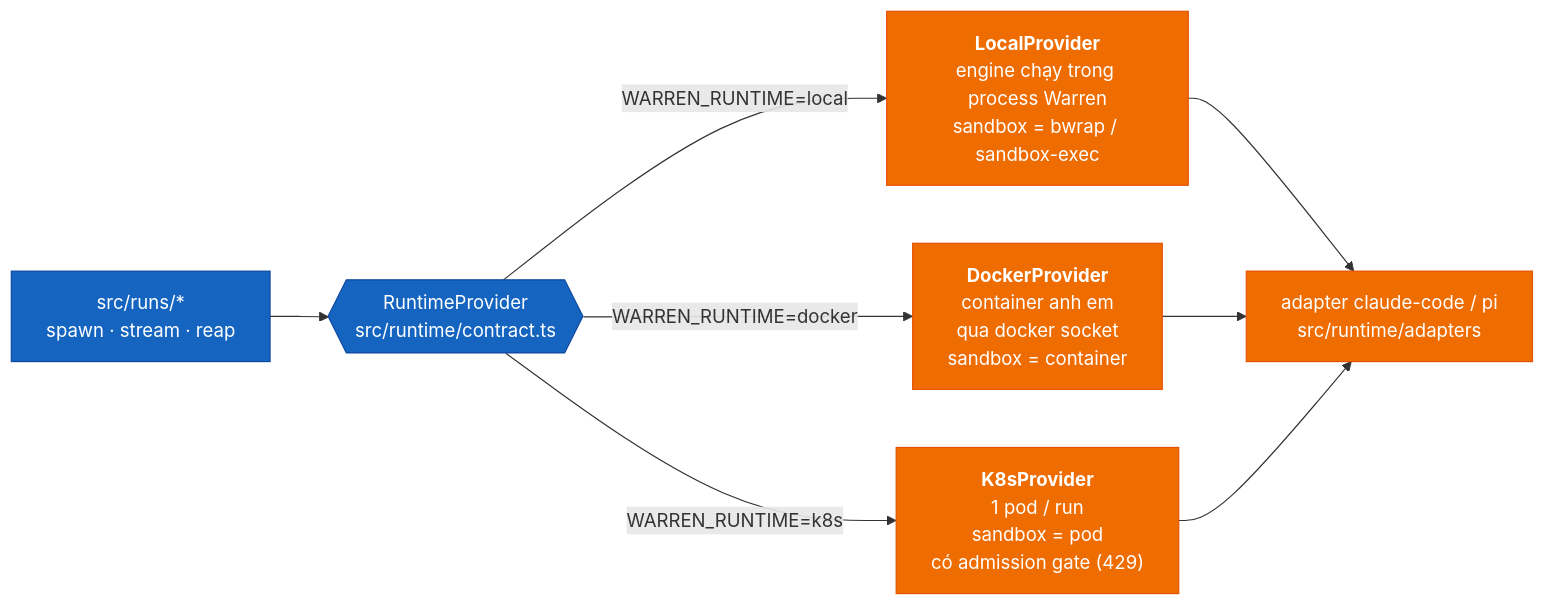
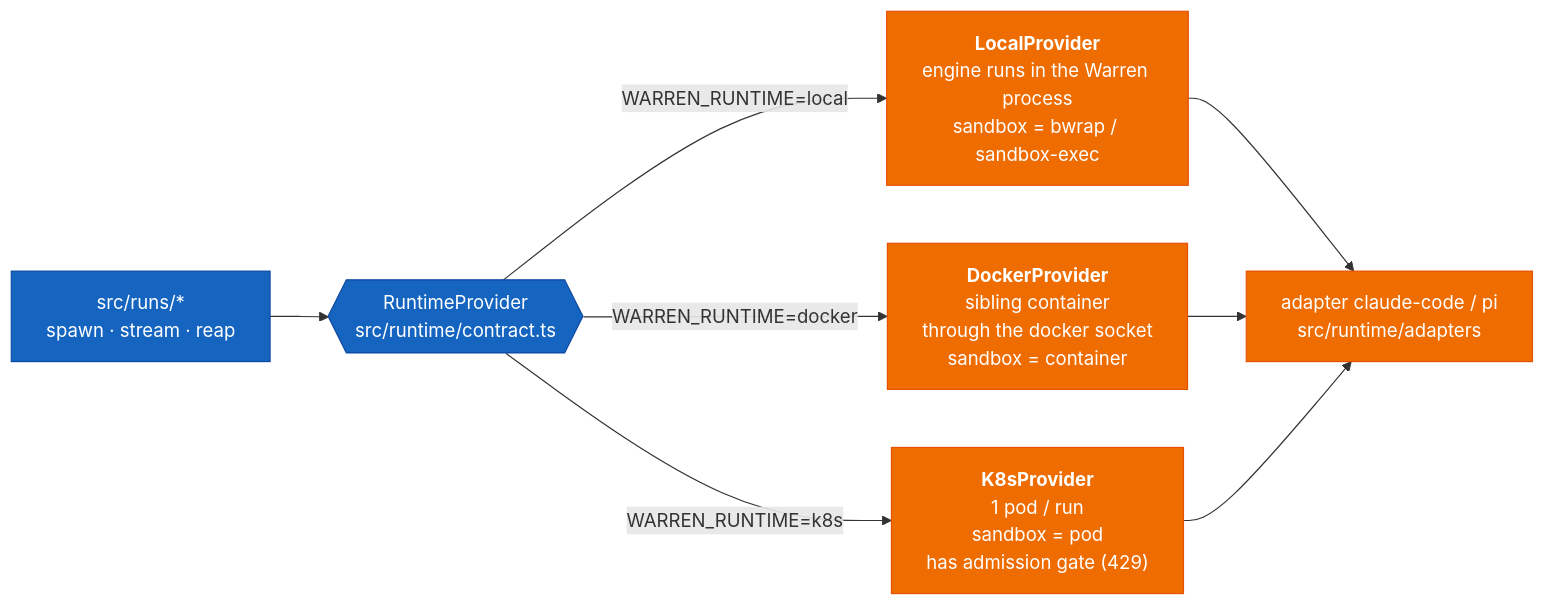
The third of 12 diagrams in docs/design/architecture-overview.md (namphuongtran/warren), drawn with Mermaid before and after one commit. The commit also changed other lines of this file and 4 other files, not shown here.

````diff
--- a/docs/design/architecture-overview.md
+++ b/docs/design/architecture-overview.md
@@ -135,20 +135,20 @@
 ```mermaid
 flowchart LR
     domain["src/runs/*<br/>spawn · stream · reap"]
     contract{{"RuntimeProvider<br/>src/runtime/contract.ts"}}
 
     domain --> contract
 
-    contract -- "WARREN_RUNTIME=local" --> local["<b>LocalProvider</b><br/>engine chạy trong process Warren<br/>sandbox = bwrap / sandbox-exec"]
-    contract -- "WARREN_RUNTIME=docker" --> docker["<b>DockerProvider</b><br/>container anh em<br/>qua docker socket<br/>sandbox = container"]
-    contract -- "WARREN_RUNTIME=k8s" --> k8s["<b>K8sProvider</b><br/>1 pod / run<br/>sandbox = pod<br/>có admission gate (429)"]
+    contract -- "WARREN_RUNTIME=local" --> local["<b>LocalProvider</b><br/>engine runs in the Warren process<br/>sandbox = bwrap / sandbox-exec"]
+    contract -- "WARREN_RUNTIME=docker" --> docker["<b>DockerProvider</b><br/>sibling container<br/>through the docker socket<br/>sandbox = container"]
+    contract -- "WARREN_RUNTIME=k8s" --> k8s["<b>K8sProvider</b><br/>1 pod / run<br/>sandbox = pod<br/>has admission gate (429)"]
 
     local --> a1["adapter claude-code / pi<br/>src/runtime/adapters"]
     docker --> a1
     k8s --> a1
 
     classDef container fill:#1565c0,stroke:#0d47a1,color:#fff
     classDef sandbox fill:#ef6c00,stroke:#e65100,color:#fff
     class domain,contract container
     class local,docker,k8s,a1 sandbox
 ```
````
